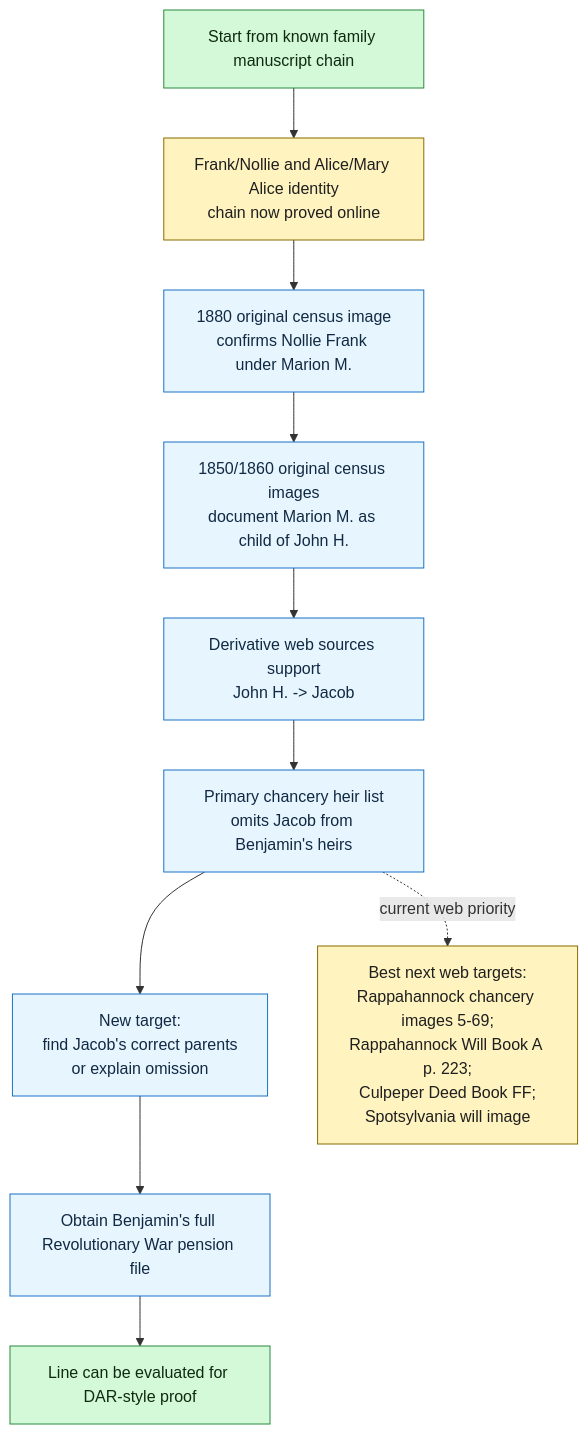
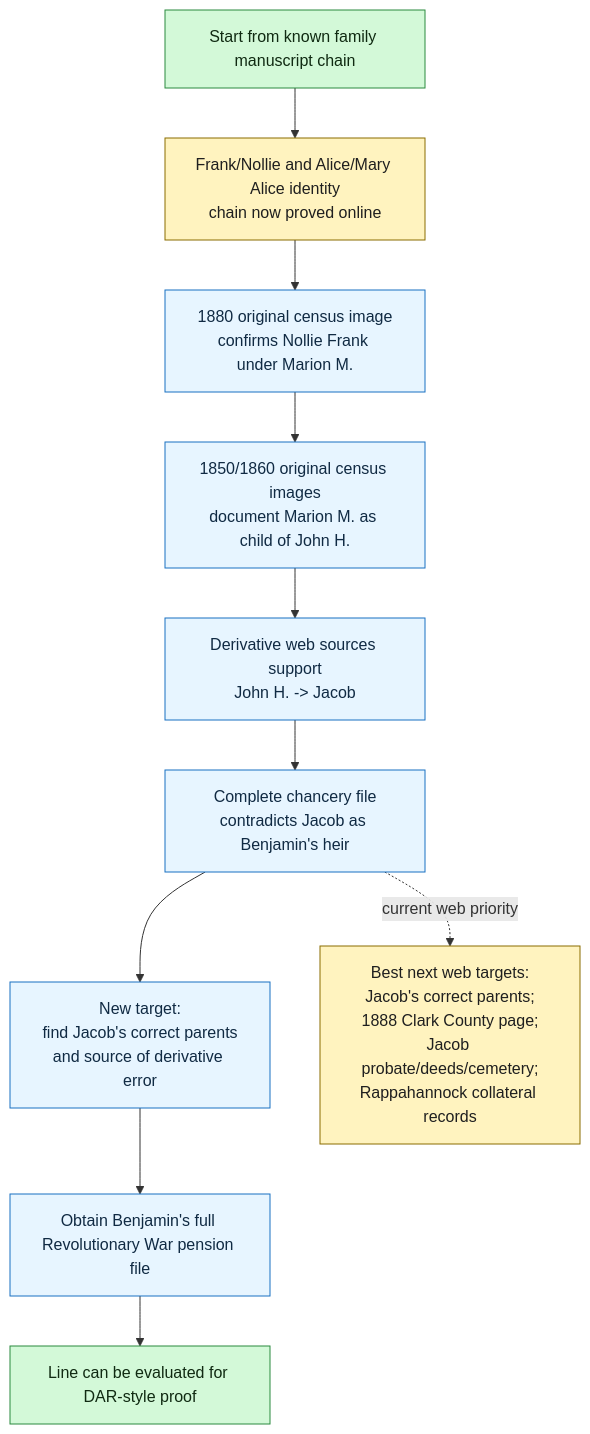
The second of 2 diagrams in RQ-P1-PARTLOW-REVOLUTIONARY-LINE.md (zcopley/copley-family-research), drawn with Mermaid before and after one commit. The commit also changed other lines of this file and 18 other files, not shown here.

Commit message:
Integrate complete Rappahannock Partlow chancery review

````diff
--- a/RQ-P1-PARTLOW-REVOLUTIONARY-LINE.md
+++ b/RQ-P1-PARTLOW-REVOLUTIONARY-LINE.md
@@ -293,23 +293,23 @@
 ```mermaid
 flowchart TD
     A["Start from known family manuscript chain"]
     B["Frank/Nollie and Alice/Mary Alice identity<br/>chain now proved online"]
     C["1880 original census image<br/>confirms Nollie Frank under Marion M."]
     D["1850/1860 original census images<br/>document Marion M. as child of John H."]
     E["Derivative web sources support<br/>John H. -> Jacob"]
-    F["Primary chancery heir list<br/>omits Jacob from Benjamin's heirs"]
-    G["New target:<br/>find Jacob's correct parents<br/>or explain omission"]
+    F["Complete chancery file<br/>contradicts Jacob as Benjamin's heir"]
+    G["New target:<br/>find Jacob's correct parents<br/>and source of derivative error"]
     I["Obtain Benjamin's full Revolutionary War pension file"]
     H["Line can be evaluated for DAR-style proof"]
 
     A --> B --> C --> D --> E --> F --> G --> I --> H
-    F -. "current web priority" .-> P["Best next web targets:<br/>Rappahannock chancery images 5-69;<br/>Rappahannock Will Book A p. 223;<br/>Culpeper Deed Book FF;<br/>Spotsylvania will image"]
+    F -. "current web priority" .-> P["Best next web targets:<br/>Jacob's correct parents;<br/>1888 Clark County page;<br/>Jacob probate/deeds/cemetery;<br/>Rappahannock collateral records"]
 
     class A,H goal
     class B,P priority
     class C,D,E,F,G,I action
 
     classDef goal fill:#d3f9d8,stroke:#2b8a3e,color:#102a12;
     classDef priority fill:#fff3bf,stroke:#8a6d00,color:#1f1f1f;
     classDef action fill:#e7f5ff,stroke:#1971c2,color:#102a43;
 ```
````
